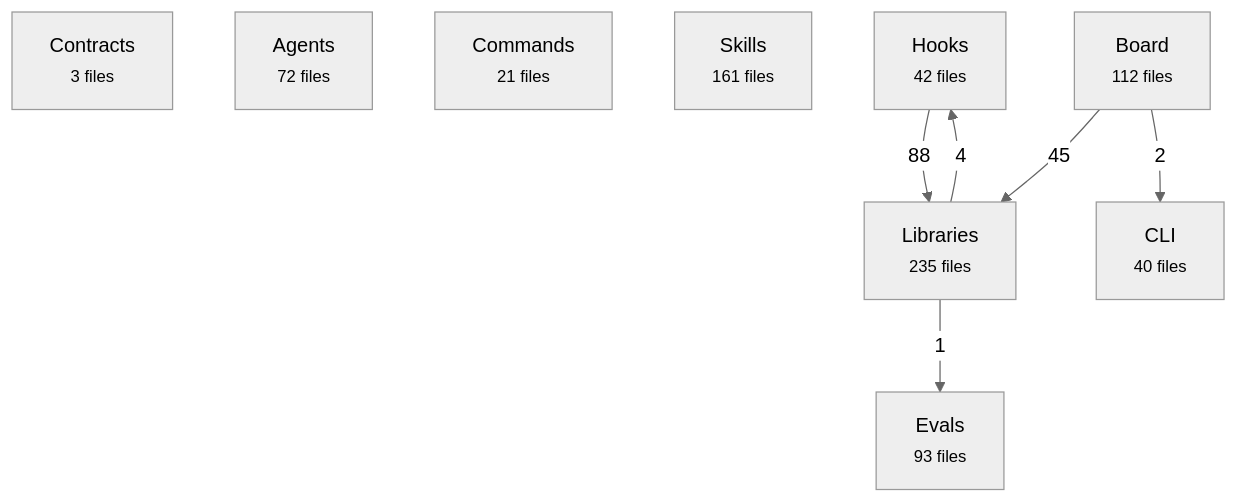
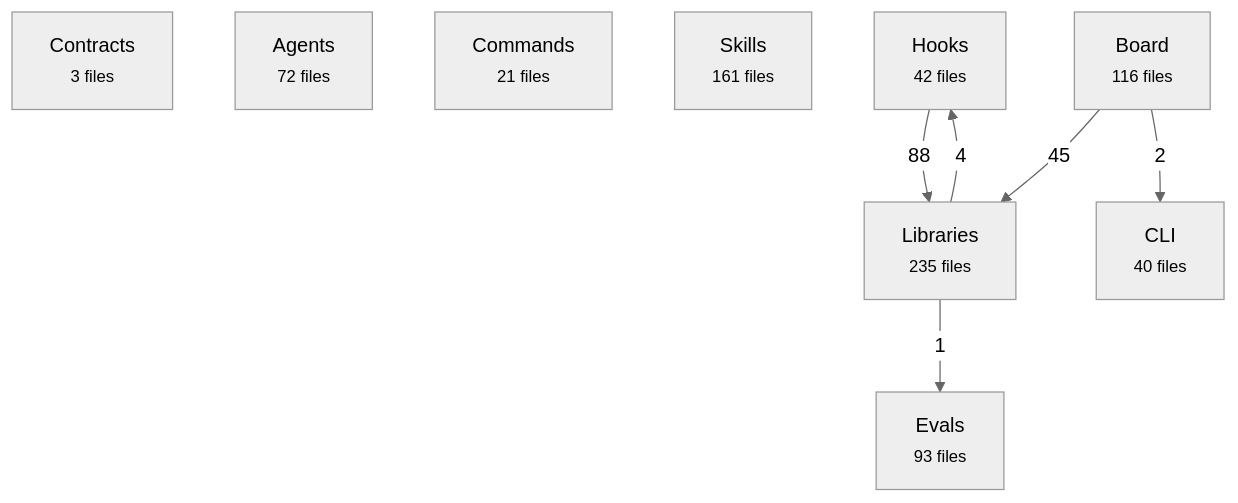
One commit to avelikiy/great_cto changed the first of 2 diagrams in docs/reference/architecture-map.md. Above: the diagram before and after it, drawn with Mermaid (neutral theme). The commit also changed other lines of this file and 22 other files, not shown here.

````diff
--- a/docs/reference/architecture-map.md
+++ b/docs/reference/architecture-map.md
@@ -20,17 +20,17 @@
 ```mermaid
 flowchart TD
   contracts["Contracts<br/><small>3 files</small>"]
   agents["Agents<br/><small>72 files</small>"]
   commands["Commands<br/><small>21 files</small>"]
   skills["Skills<br/><small>161 files</small>"]
   hooks["Hooks<br/><small>42 files</small>"]
   libs["Libraries<br/><small>235 files</small>"]
-  board["Board<br/><small>112 files</small>"]
+  board["Board<br/><small>116 files</small>"]
   cli["CLI<br/><small>40 files</small>"]
   evals["Evals<br/><small>93 files</small>"]
   hooks -->|88| libs
   board -->|45| libs
   libs -->|4| hooks
   board -->|2| cli
   libs -->|1| evals
 ```
````
